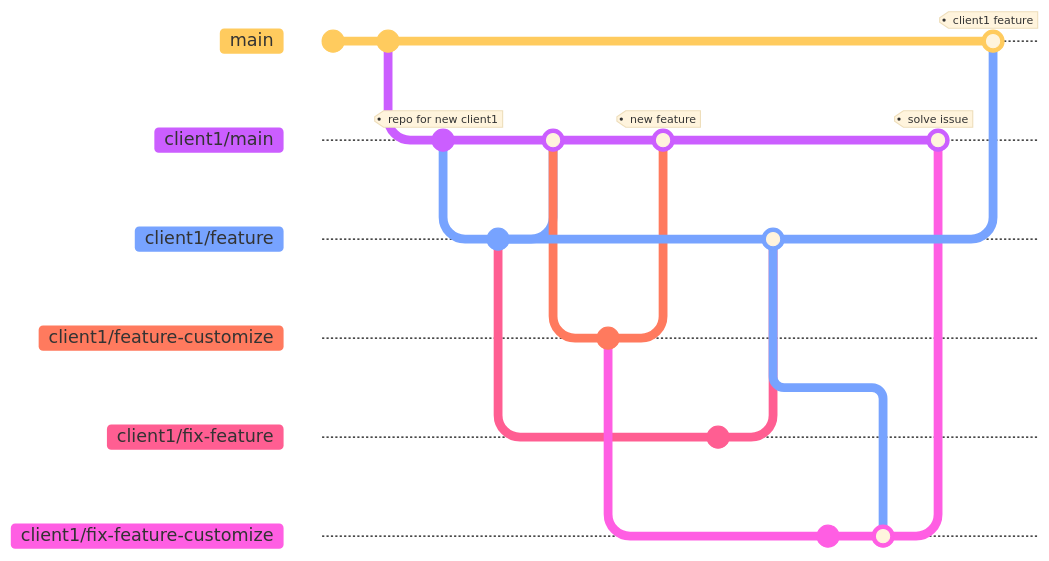
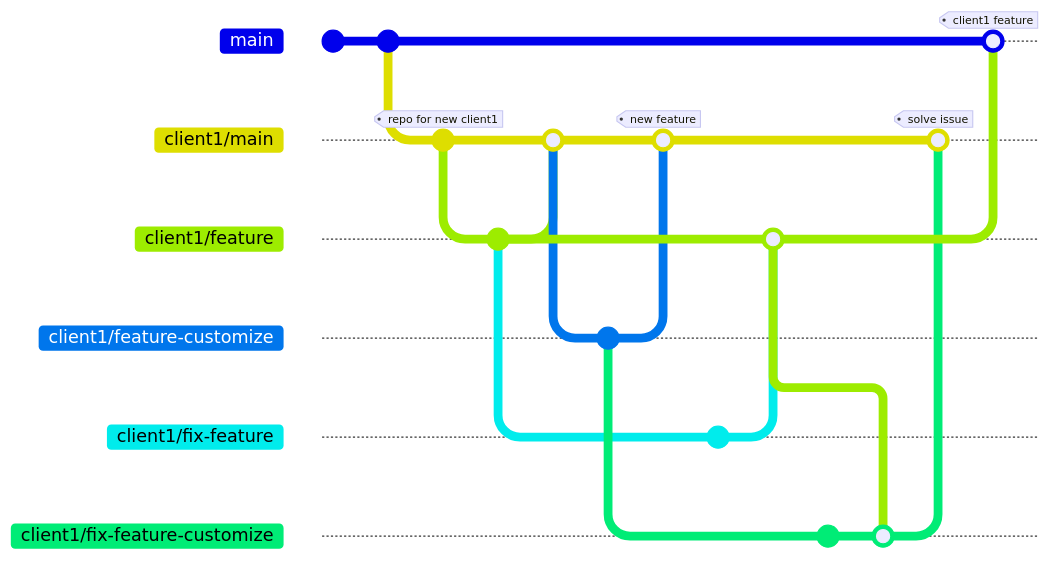
The diagram in git/workflow.md (tsengyushiang/notes), drawn with Mermaid before and after one commit. The commit also changed other lines of this file and 1 other file, not shown here. Commit ids are hidden.

Commit message:
feat : add fork workflow

````diff
--- a/git/workflow.md
+++ b/git/workflow.md
@@ -4,31 +5,29 @@
 ```mermaid
-
-%%{init: { 'logLevel': 'debug', 'theme': 'base', 'gitGraph': {'showCommitLabel': false}} }%%
 
 gitGraph
     commit
     commit
     branch client1/main
     commit tag:"repo for new client1"
     branch client1/feature
     commit
     checkout client1/main
     merge client1/feature
     branch client1/feature-customize
     commit
     checkout client1/main
     merge client1/feature-customize tag:"new feature"
     checkout client1/feature
     branch client1/fix-feature
     commit
     checkout client1/feature
     merge client1/fix-feature
     checkout client1/feature-customize
     branch client1/fix-feature-customize
     commit
     merge client1/feature
     checkout client1/main
     merge client1/fix-feature-customize tag:"solve issue"
     checkout main
     merge client1/feature tag:"client1 feature"
 ```
````
